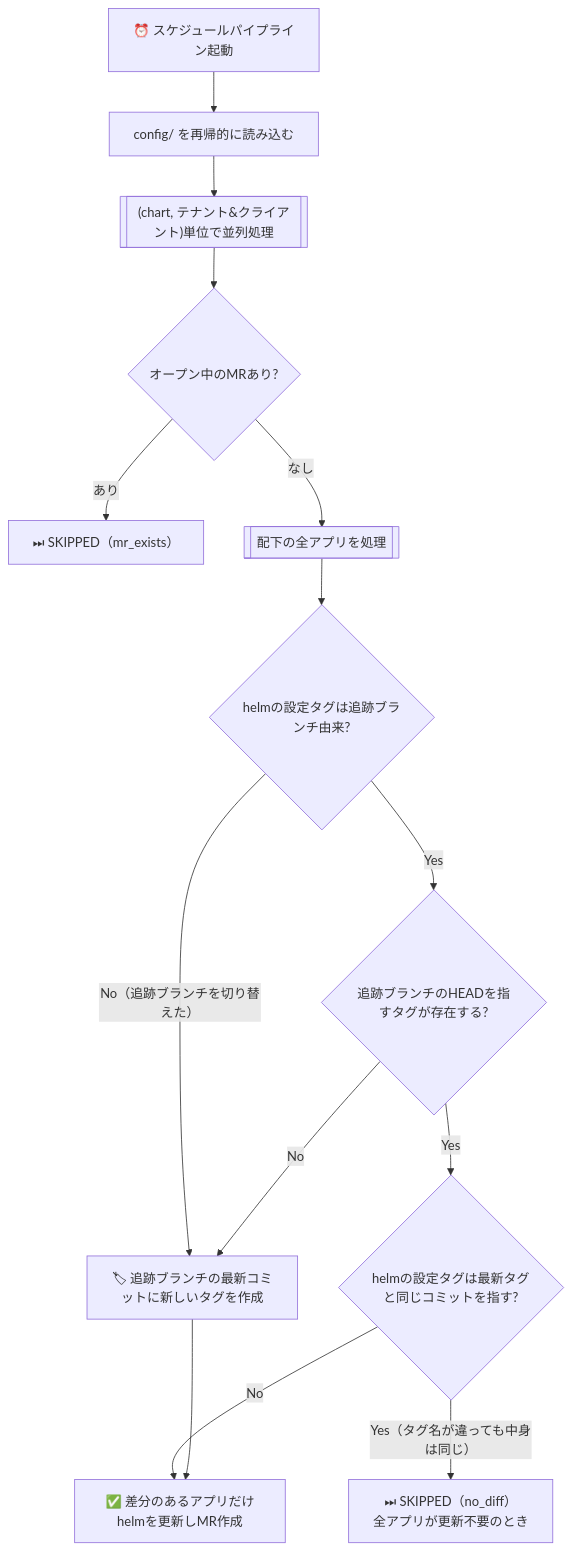
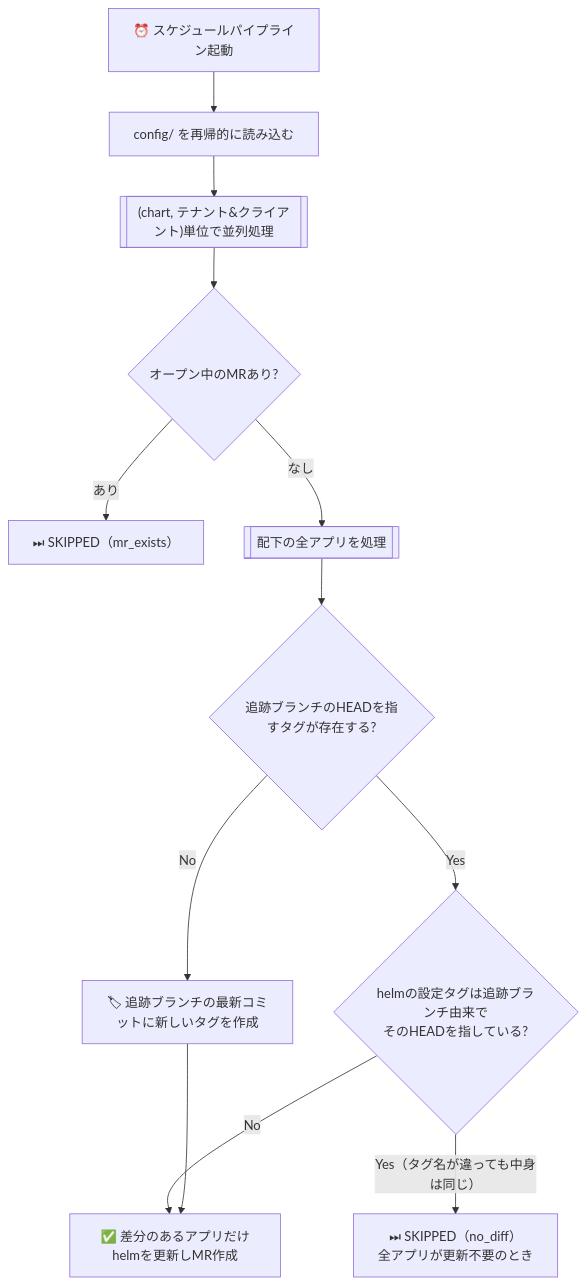
The diagram in README.md (sinnlosses/helm-yadokari), drawn with Mermaid before and after one commit. The commit also changed other lines of this file and 8 other files, not shown here.

````diff
--- a/README.md
+++ b/README.md
@@ -97,16 +97,14 @@
 ```mermaid
 flowchart TD
     A[⏰ スケジュールパイプライン起動] --> B[config/ を再帰的に読み込む]
     B --> C[["(chart, テナント&クライアント)単位で並列処理"]]
     C --> D{オープン中のMRあり?}
     D -->|あり| E1["⏭ SKIPPED（mr_exists）"]
     D -->|なし| F[[配下の全アプリを処理]]
-    F --> G1{helmの設定タグは追跡ブランチ由来?}
-    G1 -->|No（追跡ブランチを切り替えた）| H[🏷 追跡ブランチの最新コミットに新しいタグを作成]
-    G1 -->|Yes| G2{追跡ブランチのHEADを指すタグが存在する?}
-    G2 -->|No| H
-    G2 -->|Yes| I{helmの設定タグは最新タグと同じコミットを指す?}
+    F --> G{追跡ブランチのHEADを指すタグが存在する?}
+    G -->|No| H[🏷 追跡ブランチの最新コミットに新しいタグを作成]
+    G -->|Yes| I{helmの設定タグは追跡ブランチ由来で<br/>そのHEADを指している?}
     I -->|Yes（タグ名が違っても中身は同じ）| E2["⏭ SKIPPED（no_diff）<br/>全アプリが更新不要のとき"]
     I -->|No| J[✅ 差分のあるアプリだけhelmを更新しMR作成]
     H --> J
 ```
````
